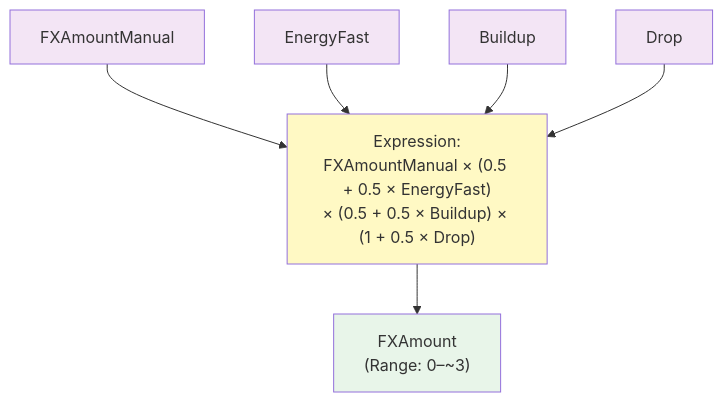
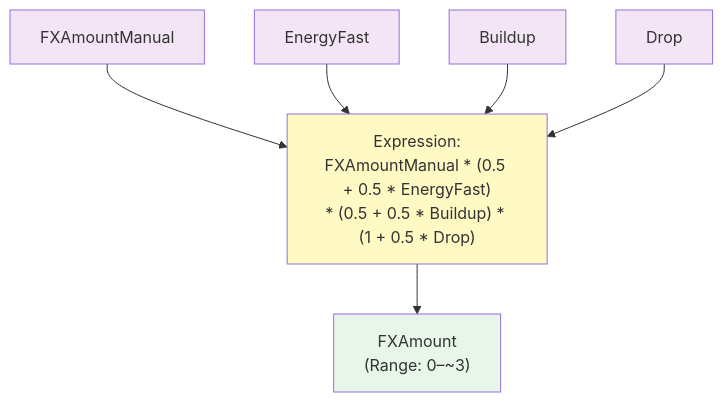
Before and after one commit to abossard/synesthesia-visuals: diagram 17 of 19 in docs/mmv-master-pipeline-guide.md, drawn with Mermaid. The commit also changed other lines of this file, not shown here.

Commit message:
Fix symbol consistency in MMV guide diagrams

````diff
--- a/docs/mmv-master-pipeline-guide.md
+++ b/docs/mmv-master-pipeline-guide.md
@@ -950,16 +950,16 @@
 ```mermaid
 flowchart TD
-    FX_MAN["FXAmountManual"] --> EXPR_FX["Expression:<br/>FXAmountManual × (0.5 + 0.5 × EnergyFast)<br/>× (0.5 + 0.5 × Buildup) × (1 + 0.5 × Drop)"]
+    FX_MAN["FXAmountManual"] --> EXPR_FX["Expression:<br/>FXAmountManual * (0.5 + 0.5 * EnergyFast)<br/>* (0.5 + 0.5 * Buildup) * (1 + 0.5 * Drop)"]
     ENERGY_FX["EnergyFast"] --> EXPR_FX
     BUILDUP_FX["Buildup"] --> EXPR_FX
     DROP_FX["Drop"] --> EXPR_FX
     
     EXPR_FX --> FX_AMT["FXAmount<br/>(Range: 0–~3)"]
     
     style FX_MAN fill:#f3e5f5
     style ENERGY_FX fill:#f3e5f5
     style BUILDUP_FX fill:#f3e5f5
     style DROP_FX fill:#f3e5f5
     style EXPR_FX fill:#fff9c4
     style FX_AMT fill:#e8f5e9
 ```
````
